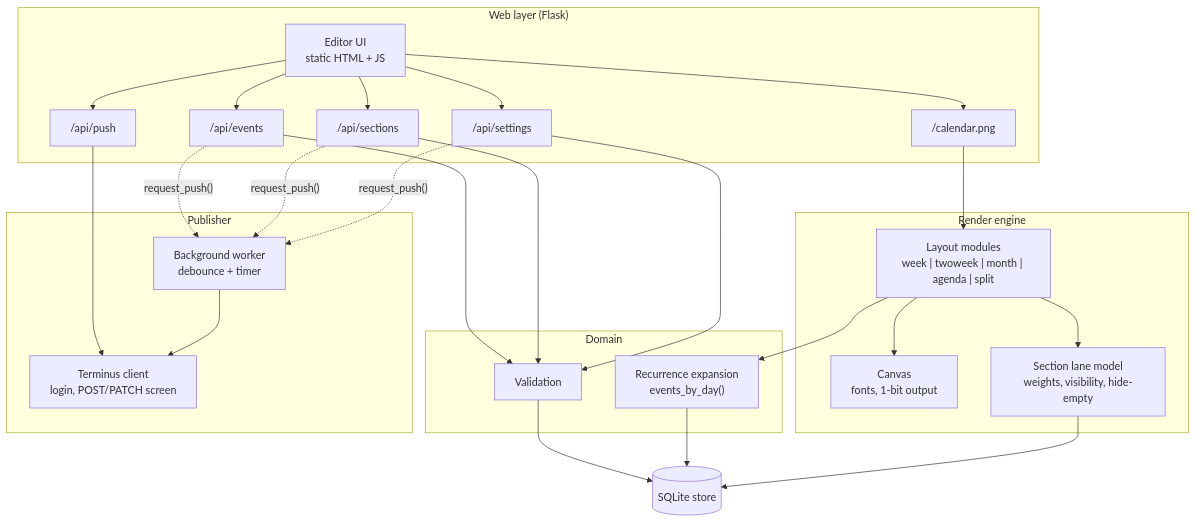
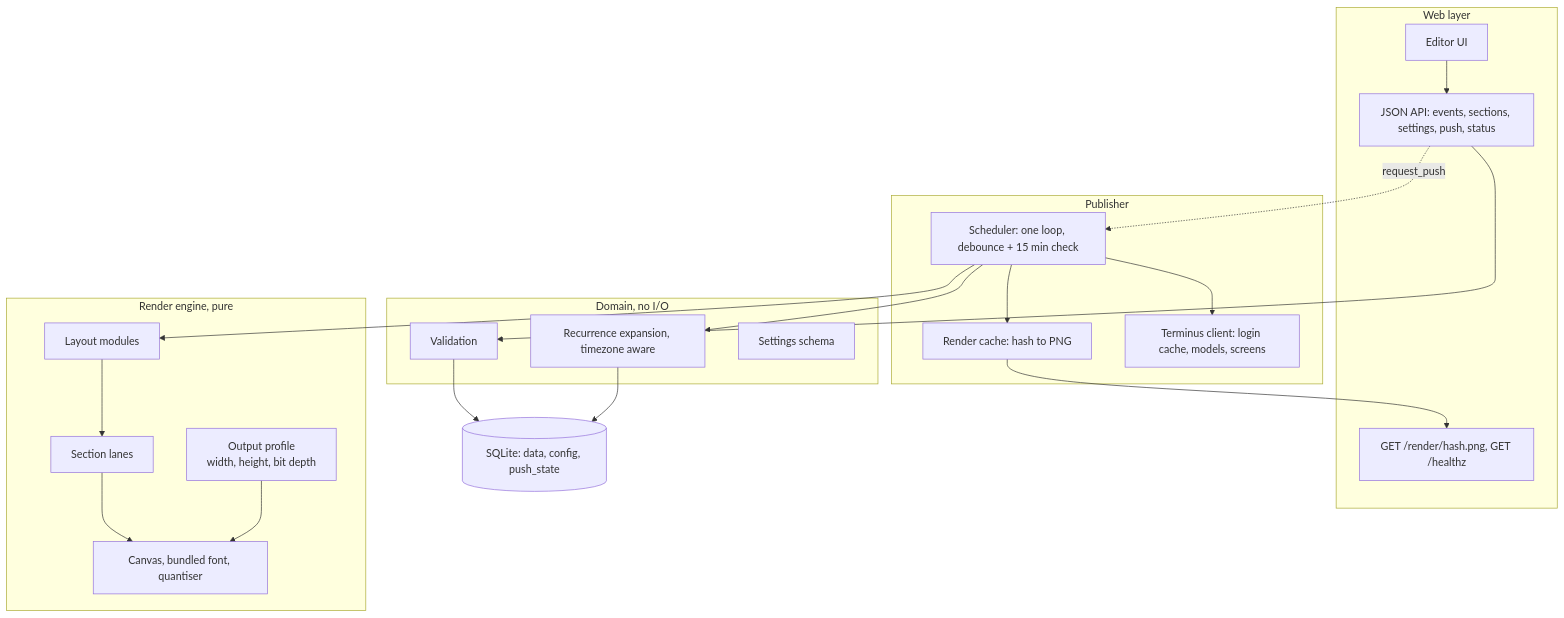
The second of 4 diagrams in trmnl-calendar/docs/02-architecture.md (sirvishal-homelab/homelab), drawn with Mermaid before and after one commit. The commit also changed other lines of this file and 49 other files, not shown here.

First line of the commit message:
docs: complete trmnl-calendar design set (docs 00-18, ADRs 0001-0010)

````diff
--- a/trmnl-calendar/docs/02-architecture.md
+++ b/trmnl-calendar/docs/02-architecture.md
@@ -31,37 +53,32 @@
 ```mermaid
 flowchart TB
-  subgraph web["Web layer (Flask)"]
-    ui["Editor UI<br/>static HTML + JS"]
-    api_events["/api/events"]
-    api_sections["/api/sections"]
-    api_settings["/api/settings"]
-    api_push["/api/push"]
-    img["/calendar.png"]
+  subgraph web["Web layer"]
+    ui["Editor UI"]
+    api["JSON API: events, sections, settings, push, status"]
+    img["GET /render/hash.png, GET /healthz"]
   end
-  subgraph domain["Domain"]
-    validate["Validation"]
-    recur["Recurrence expansion<br/>events_by_day()"]
+  subgraph domain["Domain, no I/O"]
+    val["Validation"]
+    rec["Recurrence expansion, timezone aware"]
+    set["Settings schema"]
   end
-  subgraph render["Render engine"]
-    canvas["Canvas<br/>fonts, 1-bit output"]
-    layouts["Layout modules<br/>week | twoweek | month | agenda | split"]
-    lanes["Section lane model<br/>weights, visibility, hide-empty"]
+  subgraph render["Render engine, pure"]
+    prof["Output profile<br/>width, height, bit depth"]
+    lay["Layout modules"]
+    lanes["Section lanes"]
+    canvas["Canvas, bundled font, quantiser"]
   end
   subgraph pub["Publisher"]
-    worker["Background worker<br/>debounce + timer"]
-    client["Terminus client<br/>login, POST/PATCH screen"]
+    sched["Scheduler: one loop, debounce + 15 min check"]
+    cache["Render cache: hash to PNG"]
+    tc["Terminus client: login cache, models, screens"]
   end
-  store[("SQLite store")]
-
-  ui --> api_events & api_sections & api_settings & api_push
-  ui --> img
-  api_events & api_sections & api_settings --> validate --> store
-  api_events & api_sections & api_settings -. "request_push()" .-> worker
-  api_push --> client
-  worker --> client
-  img --> layouts
-  layouts --> lanes
-  layouts --> canvas
-  layouts --> recur --> store
-  lanes --> store
+  store[("SQLite: data, config, push_state")]
+  ui --> api --> val --> store
+  api -. "request_push" .-> sched
+  sched --> rec --> store
+  sched --> lay --> lanes --> canvas
+  prof --> canvas
+  sched --> cache --> img
+  sched --> tc
 ```
````
